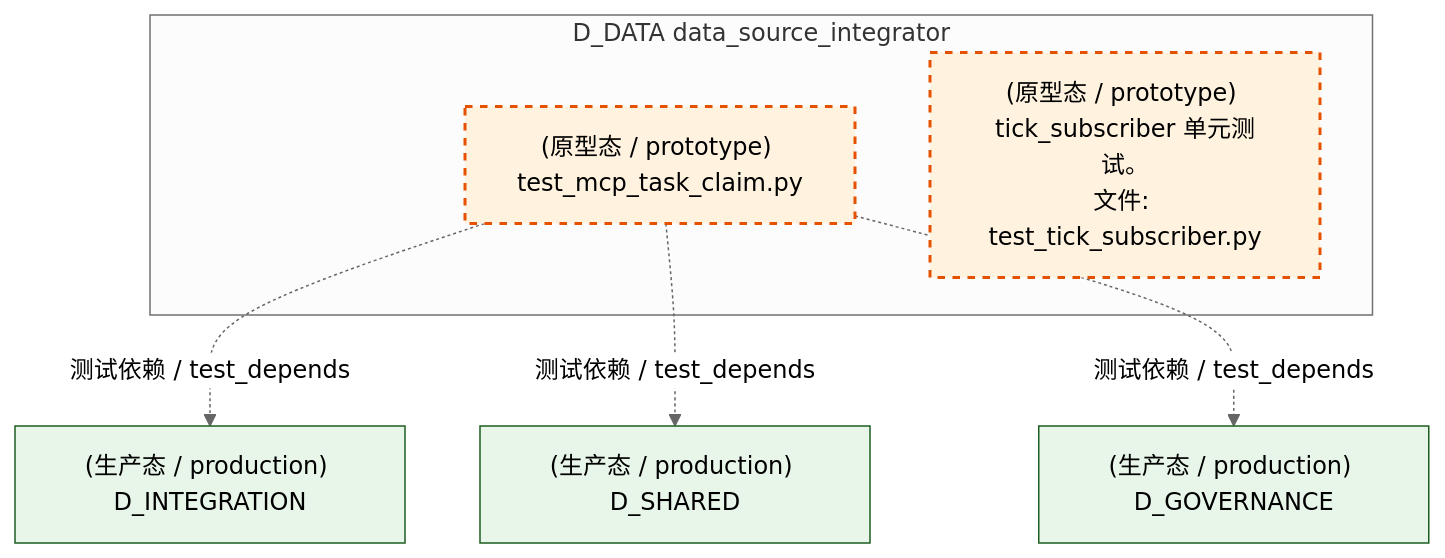
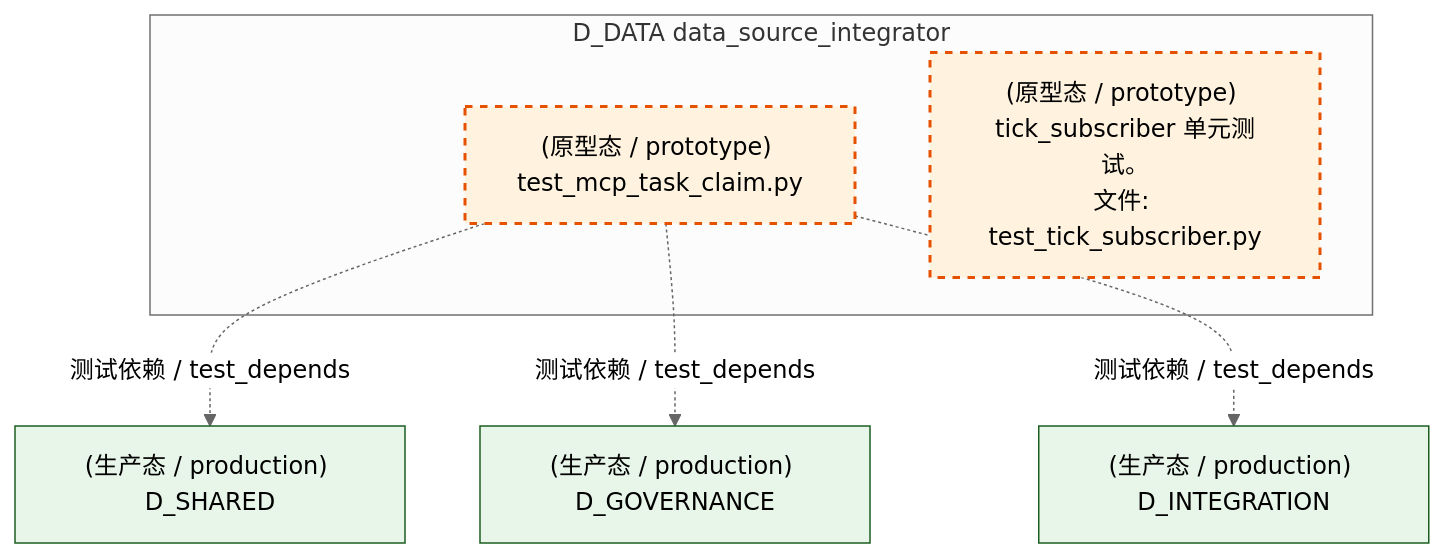
One commit to xuanFelixVan/ZephyrAlpha changed the third of 6 diagrams in docs/02_enterprise_architecture/02_domain_architecture_docs/61_d_data.md. Above: the diagram before and after it, drawn with Mermaid (neutral theme). The commit also changed other lines of this file and 126 other files, not shown here.

````diff
--- a/docs/02_enterprise_architecture/02_domain_architecture_docs/61_d_data.md
+++ b/docs/02_enterprise_architecture/02_domain_architecture_docs/61_d_data.md
@@ -310,19 +315,19 @@
 ```mermaid
 graph TD
     subgraph D_DATA["D_DATA data_source_integrator"]
         tests_io_test_mcp_task_claim_py["(原型态 / prototype) test_mcp_task_claim.py"]
         tests_zephyr_data_test_tick_subscriber_py["(原型态 / prototype) tick_subscriber 单元测试。<br/>文件: test_tick_subscriber.py"]
     end
-    D_INTEGRATION["(生产态 / production) D_INTEGRATION"]
-    tests_io_test_mcp_task_claim_py -.->|测试依赖 / test_depends| D_INTEGRATION
     D_SHARED["(生产态 / production) D_SHARED"]
     tests_io_test_mcp_task_claim_py -.->|测试依赖 / test_depends| D_SHARED
     D_GOVERNANCE["(生产态 / production) D_GOVERNANCE"]
     tests_io_test_mcp_task_claim_py -.->|测试依赖 / test_depends| D_GOVERNANCE
+    D_INTEGRATION["(生产态 / production) D_INTEGRATION"]
+    tests_io_test_mcp_task_claim_py -.->|测试依赖 / test_depends| D_INTEGRATION
     classDef production fill:#e1f5fe,stroke:#01579b,stroke-width:2px,color:#000
     classDef design fill:#fff3e0,stroke:#e65100,stroke-width:2px,color:#000,stroke-dasharray: 5 5
     classDef external_prod fill:#e8f5e9,stroke:#1b5e20,stroke-width:1px,color:#000
     classDef external_design fill:#fce4ec,stroke:#880e4f,stroke-width:1px,color:#000,stroke-dasharray: 5 5
     class tests_io_test_mcp_task_claim_py,tests_zephyr_data_test_tick_subscriber_py design
-    class D_INTEGRATION,D_SHARED,D_GOVERNANCE external_prod
+    class D_SHARED,D_GOVERNANCE,D_INTEGRATION external_prod
 ```
````
